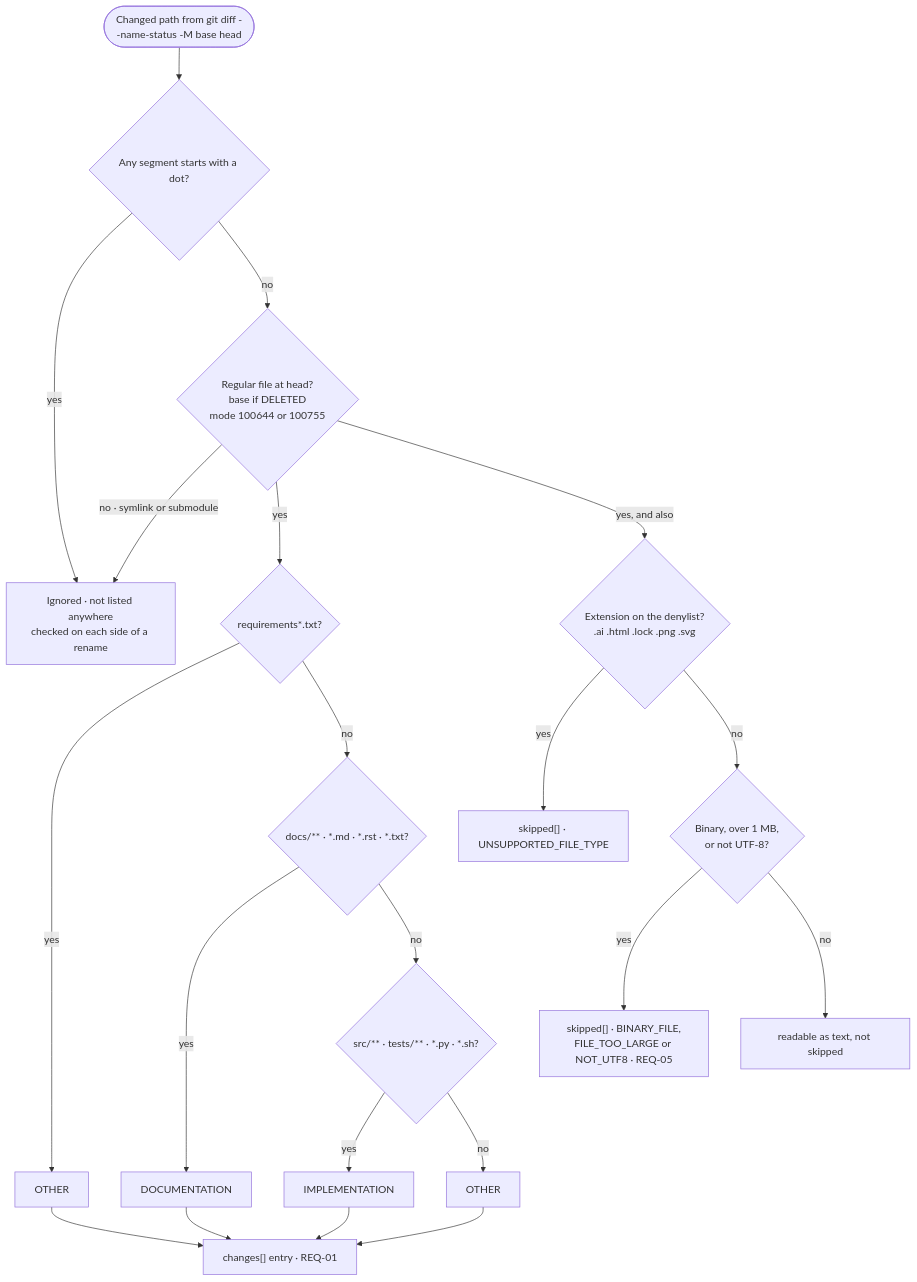
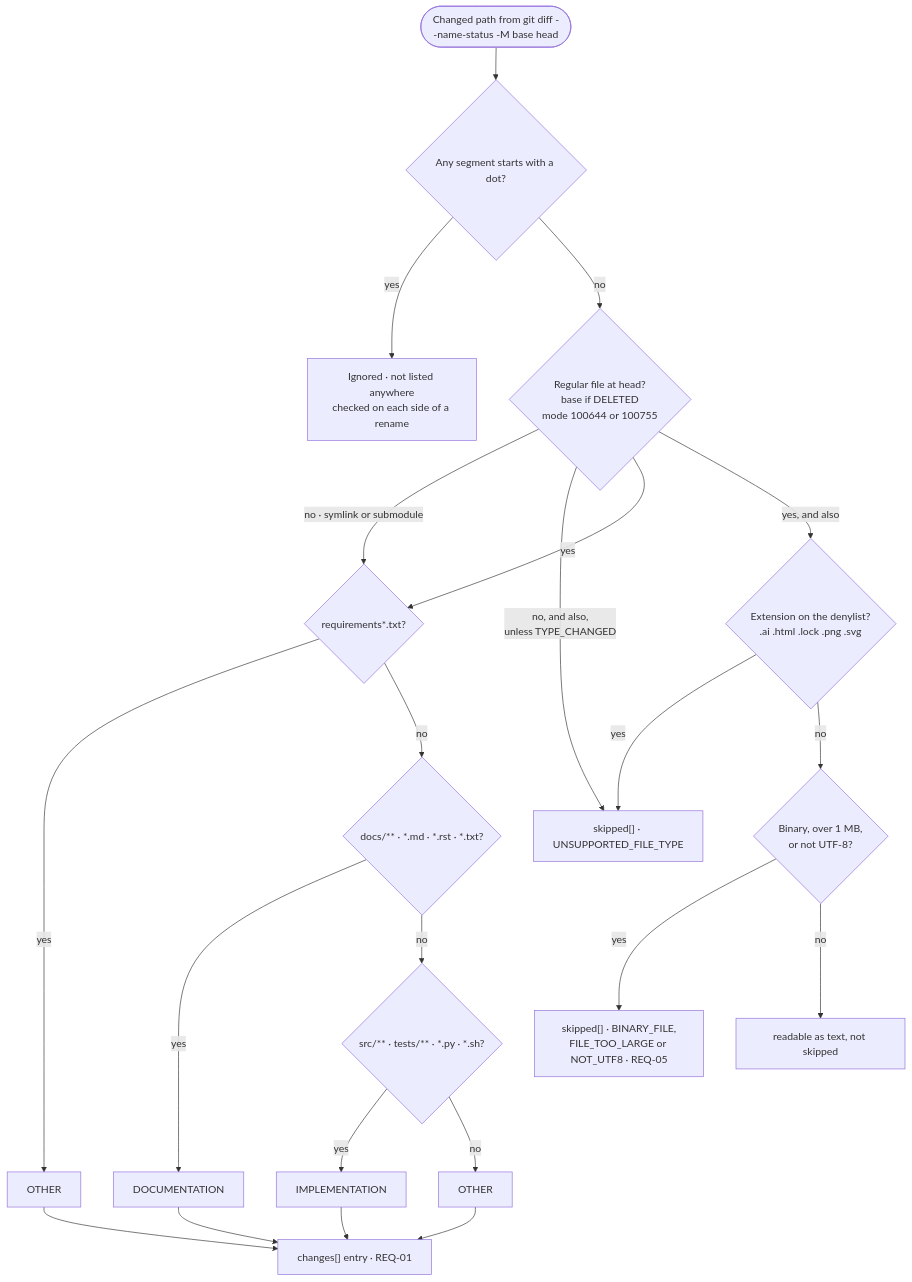
One commit to BarshanB/DocumentationDrifter changed the diagram in docs/Models/v1/M3-file-rules.md. Above: the diagram before and after it, drawn with Mermaid. The commit also changed other lines of this file and 10 other files, not shown here.

````diff
--- a/docs/Models/v1/M3-file-rules.md
+++ b/docs/Models/v1/M3-file-rules.md
@@ -7,27 +7,28 @@
 ```mermaid
 flowchart TD
   accTitle: M3 file rules
-  accDescr: Each changed path is ignored if it is hidden or not a regular file. Otherwise it is reported in changes with a category from the first matching rule, and it is also listed in skipped with a reason code if its extension is on the denylist, or if it is binary, over 1 MB or not UTF-8. Each side of a rename is checked for hidden paths separately.
+  accDescr: Each changed path is ignored if it is hidden. Otherwise it is reported in changes with a category from the first matching rule. A symlink or submodule is also listed in skipped as UNSUPPORTED_FILE_TYPE unless it is a TYPE_CHANGED switch. A regular file is also listed in skipped with a reason code if its extension is on the denylist, or if it is binary, over 1 MB or not UTF-8. Each side of a rename is checked for hidden paths separately.
 
   P(["Changed path from git diff --name-status -M base head"])
   P --> H{"Any segment starts with a dot?"}
   H -->|"yes"| IGN["Ignored · not listed anywhere<br/>checked on each side of a rename"]
   H -->|"no"| M{"Regular file at head?<br/>base if DELETED<br/>mode 100644 or 100755"}
-  M -->|"no · symlink or submodule"| IGN
+  M -->|"no · symlink or submodule"| R1
+  M -->|"no, and also,<br/>unless TYPE_CHANGED"| SKU
   M -->|"yes"| R1{"requirements*.txt?"}
   M -->|"yes, and also"| U{"Extension on the denylist?<br/>.ai .html .lock .png .svg"}
   R1 -->|"yes"| OTH["OTHER"]
   R1 -->|"no"| R2{"docs/** · *.md · *.rst · *.txt?"}
   R2 -->|"yes"| DOC["DOCUMENTATION"]
   R2 -->|"no"| R3{"src/** · tests/** · *.py · *.sh?"}
   R3 -->|"yes"| IMP["IMPLEMENTATION"]
   R3 -->|"no"| OTH2["OTHER"]
   DOC --> CH["changes[] entry · REQ-01"]
   IMP --> CH
   OTH --> CH
   OTH2 --> CH
   U -->|"yes"| SKU["skipped[] · UNSUPPORTED_FILE_TYPE"]
   U -->|"no"| B{"Binary, over 1 MB,<br/>or not UTF-8?"}
   B -->|"yes"| SKC["skipped[] · BINARY_FILE,<br/>FILE_TOO_LARGE or NOT_UTF8 · REQ-05"]
   B -->|"no"| RD["readable as text, not skipped"]
 ```
````
